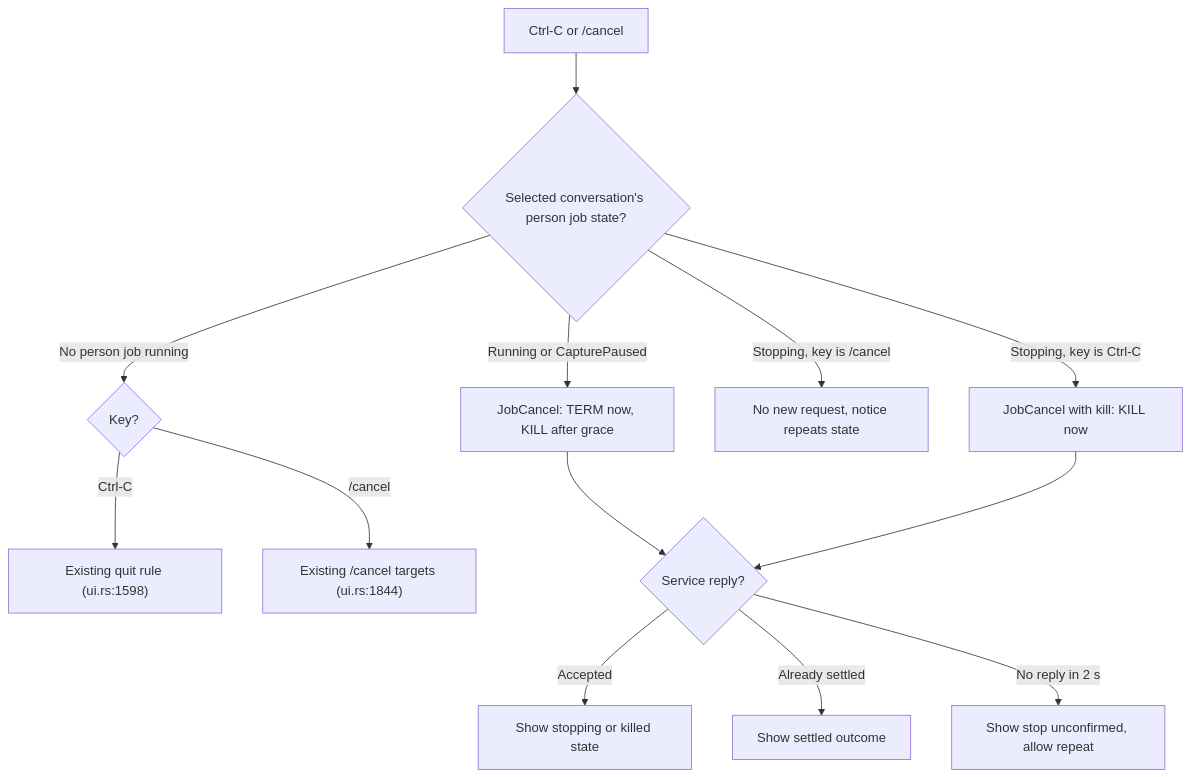
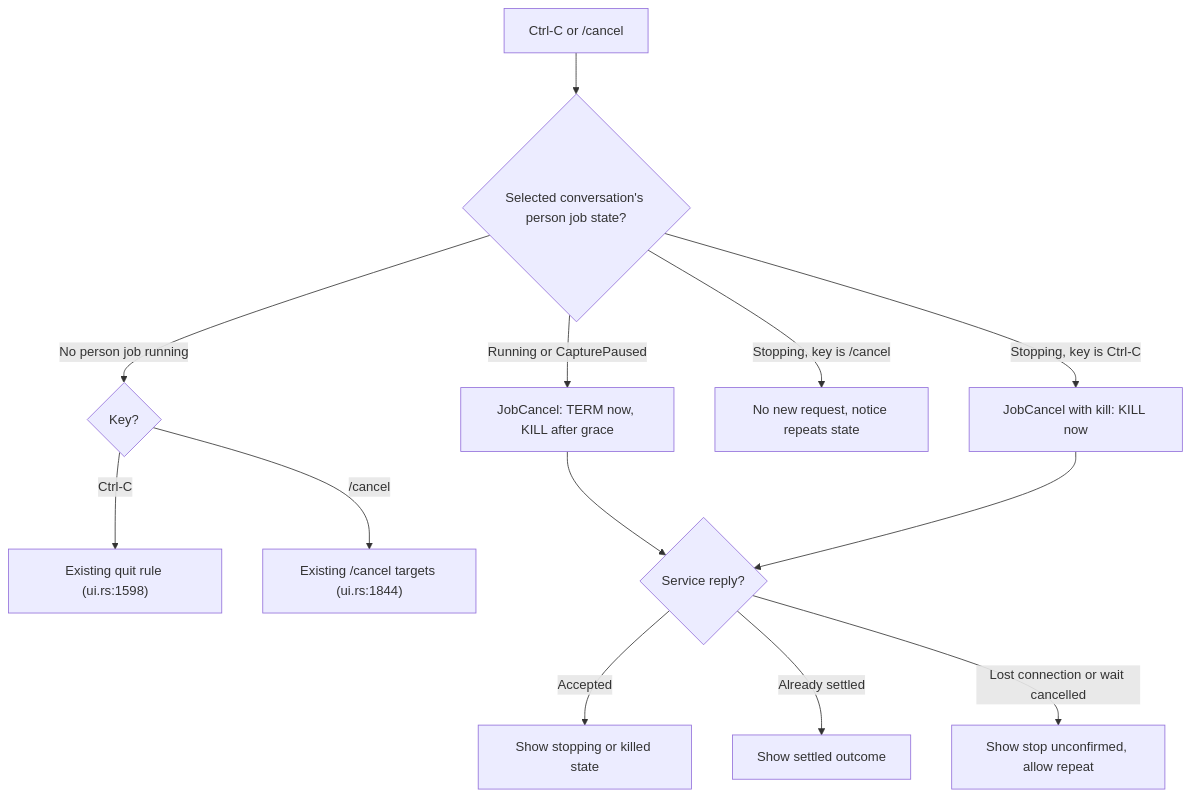
The third of 7 diagrams in docs/designs/person-command-mode.md (pidster/asura), drawn with Mermaid before and after one commit. The commit also changed other lines of this file and 39 other files, not shown here.

````diff
--- a/docs/designs/person-command-mode.md
+++ b/docs/designs/person-command-mode.md
@@ -289,15 +289,15 @@
 ```mermaid
 flowchart TD
     Key["Ctrl-C or /cancel"] --> Running{"Selected conversation's person job state?"}
     Running -->|"Running or CapturePaused"| First["JobCancel: TERM now, KILL after grace"]
     Running -->|"Stopping, key is Ctrl-C"| Kill["JobCancel with kill: KILL now"]
     Running -->|"Stopping, key is /cancel"| Same["No new request, notice repeats state"]
     Running -->|"No person job running"| Existing{"Key?"}
     Existing -->|"Ctrl-C"| Quit["Existing quit rule (ui.rs:1598)"]
     Existing -->|"/cancel"| Old["Existing /cancel targets (ui.rs:1844)"]
     First --> Reply{"Service reply?"}
     Kill --> Reply
     Reply -->|"Accepted"| Show["Show stopping or killed state"]
     Reply -->|"Already settled"| Done["Show settled outcome"]
-    Reply -->|"No reply in 2 s"| Unconfirmed["Show stop unconfirmed, allow repeat"]
+    Reply -->|"Lost connection or wait cancelled"| Unconfirmed["Show stop unconfirmed, allow repeat"]
 ```
````
